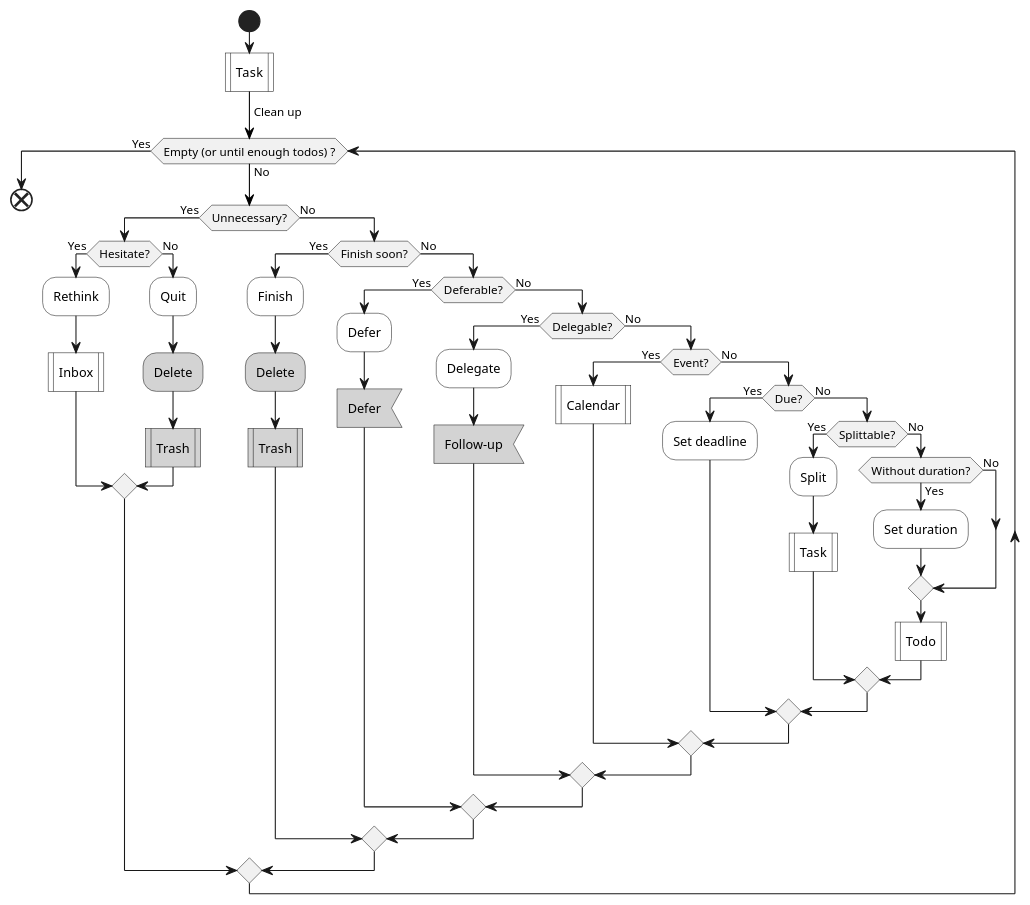
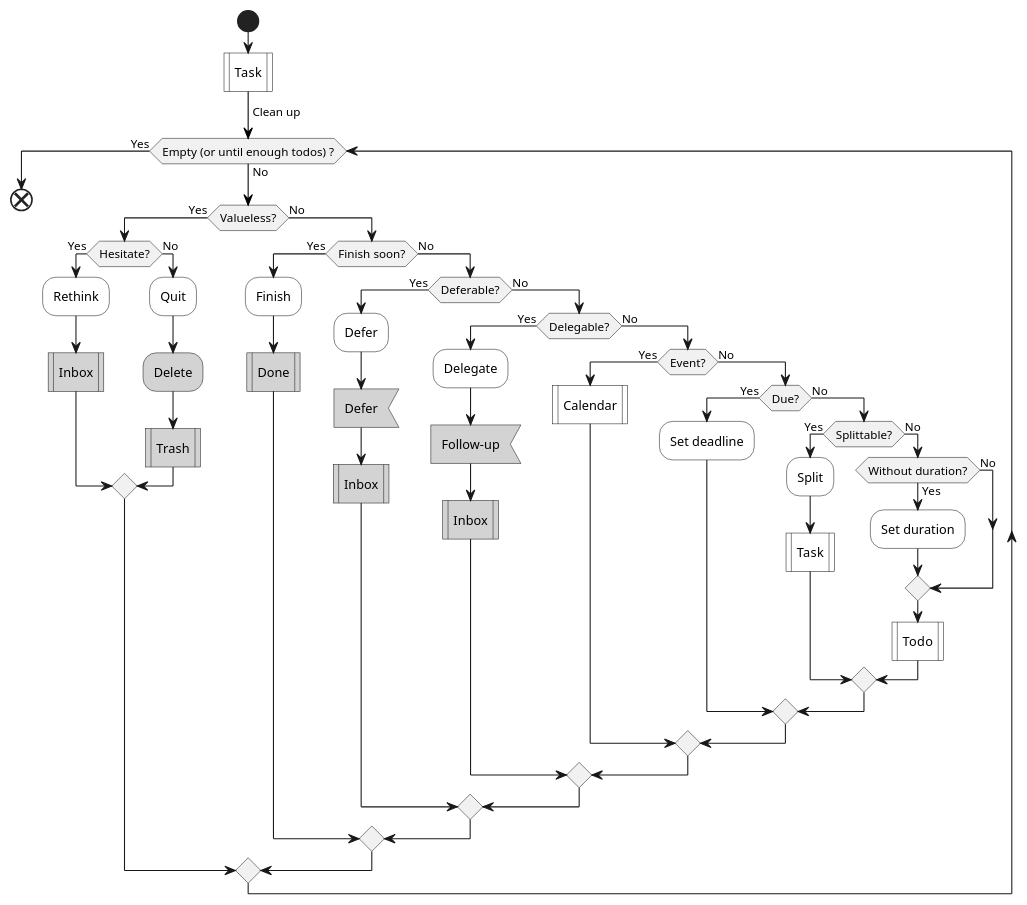
The second of 4 diagrams in lifelogs/rehabilitation.md (IceHe/icehe-lib), drawn with PlantUML before and after one commit. The commit also changed other lines of this file, not shown here.

````diff
--- a/lifelogs/rehabilitation.md
+++ b/lifelogs/rehabilitation.md
@@ -235,57 +233,58 @@
 ```plantuml
 @startuml
 start
 #white:Task|
 -[#black]-> Clean up;
 while (Empty (or until enough todos) ?) is (No)
-    if (Unnecessary?) then (Yes)
+    if (Valueless?) then (Yes)
         if (Hesitate?) then (Yes)
             #white:Rethink;
-            #white:Inbox|
+            #lightGray:Inbox|
         else (No)
             #white:Quit;
             #lightGray:Delete;
             #lightGray:Trash|
         endif
     else (No)
         if (Finish soon?) then (Yes)
             #white:Finish;
-            #lightGray:Delete;
-            #lightGray:Trash|
+            #lightGray:Done|
         else (No)
             if (Deferable?) then (Yes)
                 #white:Defer;
                 #lightGray:Defer<
+                #lightGray:Inbox|
             else (No)
                 if (Delegable?) then (Yes)
                     #white:Delegate;
                     #lightGray:Follow-up<
+                    #lightGray:Inbox|
                 else (No)
                     if (Event?) then (Yes)
                         #white:Calendar|
                         '#white:Events|
                     else (No)
                         if (Due?) then (Yes)
                             #white:Set deadline;
                         else (No)
                             if (Splittable?) then (Yes)
                                 #white:Split;
                                 'note right : SMART 法则
                                 #white:Task|
                             else (No)
                                 if (Without duration?) then (Yes)
                                     #white:Set duration;
                                 else (No)
                                 endif
                                 #white:Todo|
                             endif
                         endif
                     endif
                 endif
             endif
         endif
     endif
 endwhile (Yes)
 end
 @enduml
 ```
````
